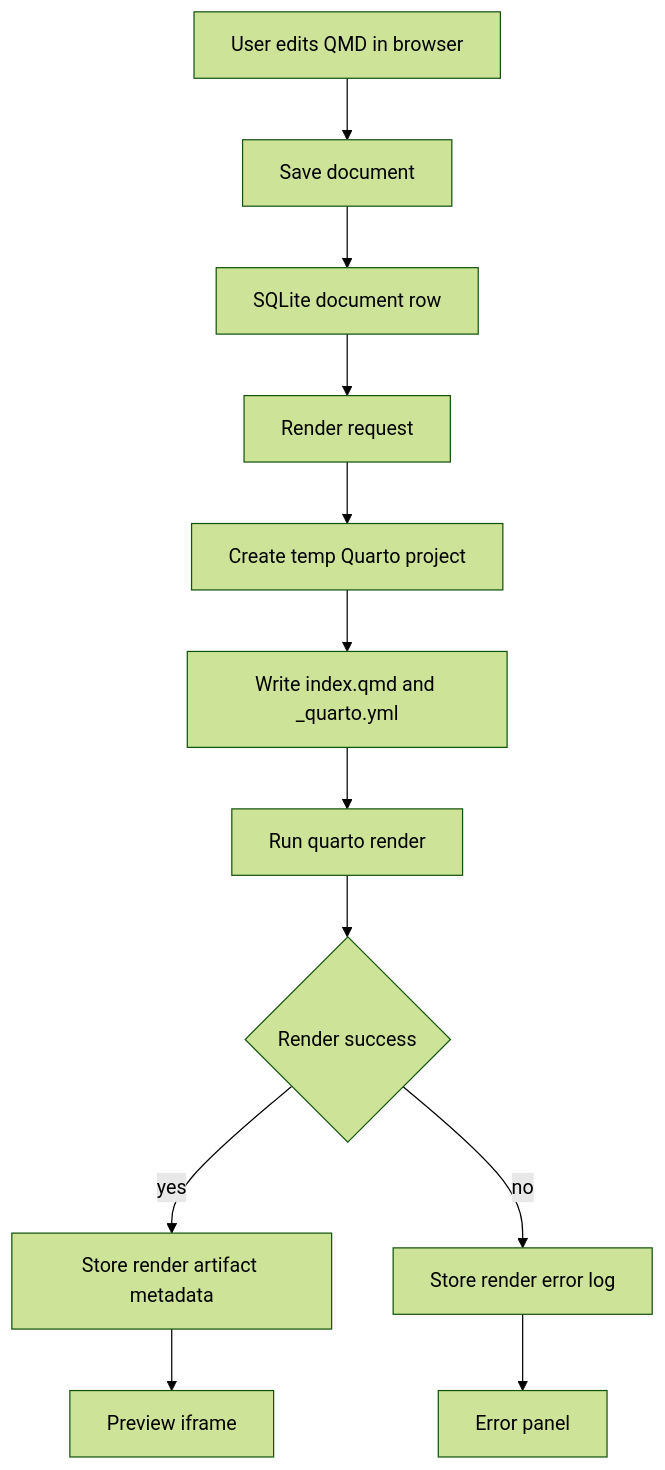
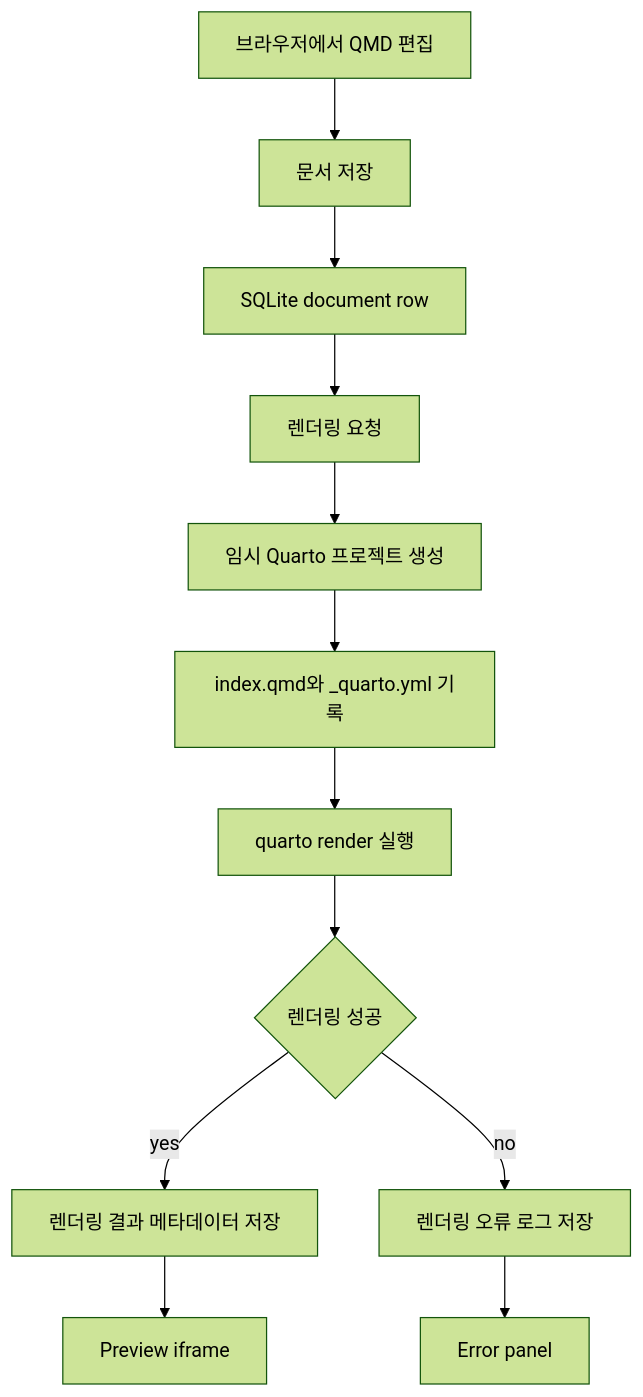
One commit to wally-wally/quarto-studio changed the diagram in docs/superpowers/specs/2026-06-24-quarto-studio-design.md. Above: the diagram before and after it, drawn with Mermaid (forest theme). The commit also changed other lines of this file, not shown here.

Commit message:
docs: Quarto Studio 설계 문서 한글화

````diff
--- a/docs/superpowers/specs/2026-06-24-quarto-studio-design.md
+++ b/docs/superpowers/specs/2026-06-24-quarto-studio-design.md
@@ -21,14 +21,14 @@
 ```mermaid
 flowchart TD
-  A[User edits QMD in browser] --> B[Save document]
+  A[브라우저에서 QMD 편집] --> B[문서 저장]
   B --> C[SQLite document row]
-  C --> D[Render request]
-  D --> E[Create temp Quarto project]
-  E --> F[Write index.qmd and _quarto.yml]
-  F --> G[Run quarto render]
-  G --> H{Render success}
-  H -->|yes| I[Store render artifact metadata]
-  H -->|no| J[Store render error log]
+  C --> D[렌더링 요청]
+  D --> E[임시 Quarto 프로젝트 생성]
+  E --> F[index.qmd와 _quarto.yml 기록]
+  F --> G[quarto render 실행]
+  G --> H{렌더링 성공}
+  H -->|yes| I[렌더링 결과 메타데이터 저장]
+  H -->|no| J[렌더링 오류 로그 저장]
   I --> K[Preview iframe]
   J --> L[Error panel]
 ```
````
